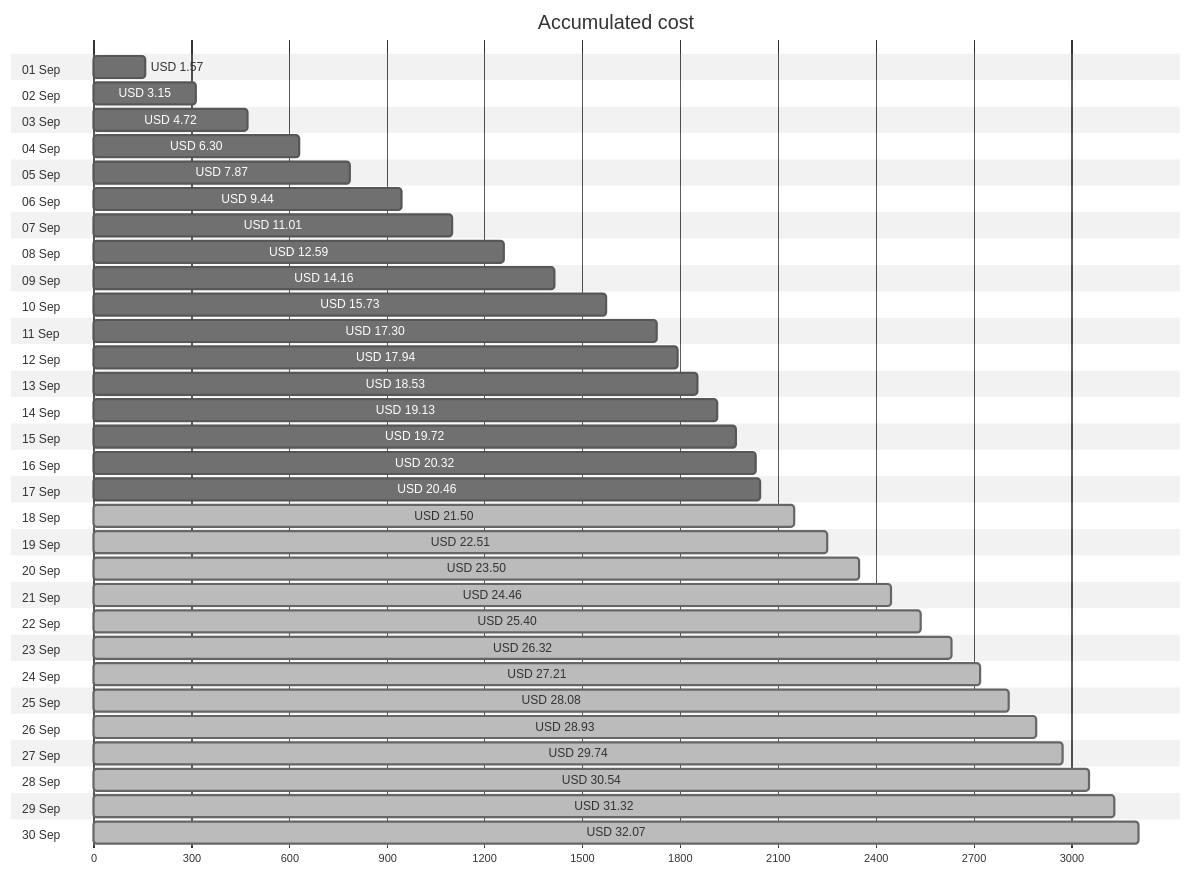
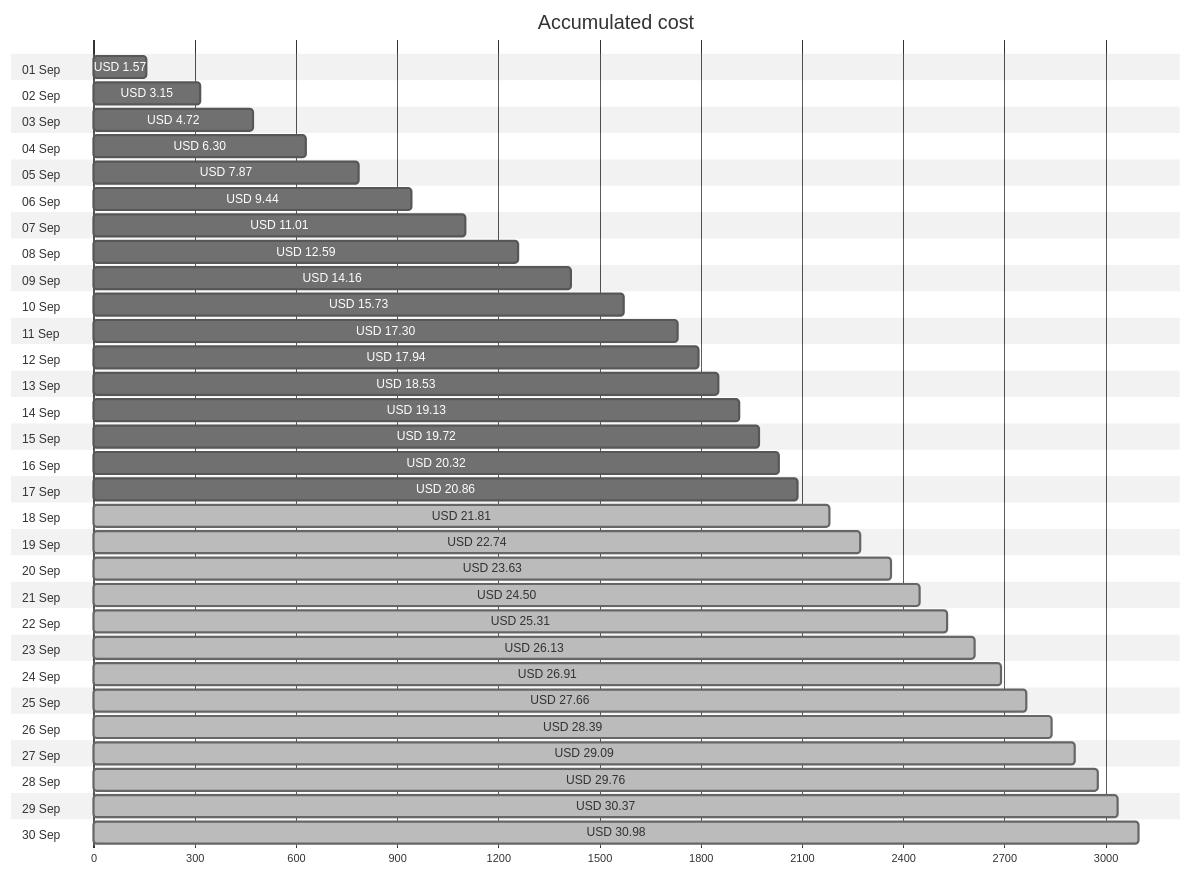
One commit to jpfulton/azure-personal-reports changed the first of 4 diagrams in cost-reports/personal-site/README.md. Above: the diagram before and after it, drawn with Mermaid (neutral theme). The commit also changed other lines of this file and 7 other files, not shown here.

````diff
--- a/cost-reports/personal-site/README.md
+++ b/cost-reports/personal-site/README.md
@@ -20,66 +20,66 @@
 ```mermaid
 gantt
    title Accumulated cost
    dateFormat  X
    axisFormat %s
    section 01 Sep
    USD 1.57 :0, 157
    section 02 Sep
    USD 3.15 :0, 315
    section 03 Sep
    USD 4.72 :0, 472
    section 04 Sep
    USD 6.30 :0, 630
    section 05 Sep
    USD 7.87 :0, 787
    section 06 Sep
    USD 9.44 :0, 944
    section 07 Sep
    USD 11.01 :0, 1101
    section 08 Sep
    USD 12.59 :0, 1259
    section 09 Sep
    USD 14.16 :0, 1416
    section 10 Sep
    USD 15.73 :0, 1573
    section 11 Sep
    USD 17.30 :0, 1730
    section 12 Sep
    USD 17.94 :0, 1794
    section 13 Sep
    USD 18.53 :0, 1853
    section 14 Sep
    USD 19.13 :0, 1913
    section 15 Sep
    USD 19.72 :0, 1972
    section 16 Sep
    USD 20.32 :0, 2032
    section 17 Sep
-   USD 20.46 :0, 2046
+   USD 20.86 :0, 2086
    section 18 Sep
-   USD 21.50 : done, 0, 2150
+   USD 21.81 : done, 0, 2181
    section 19 Sep
-   USD 22.51 : done, 0, 2251
+   USD 22.74 : done, 0, 2274
    section 20 Sep
-   USD 23.50 : done, 0, 2350
+   USD 23.63 : done, 0, 2363
    section 21 Sep
-   USD 24.46 : done, 0, 2446
+   USD 24.50 : done, 0, 2450
    section 22 Sep
-   USD 25.40 : done, 0, 2540
+   USD 25.31 : done, 0, 2531
    section 23 Sep
-   USD 26.32 : done, 0, 2632
+   USD 26.13 : done, 0, 2613
    section 24 Sep
-   USD 27.21 : done, 0, 2721
+   USD 26.91 : done, 0, 2691
    section 25 Sep
-   USD 28.08 : done, 0, 2808
+   USD 27.66 : done, 0, 2766
    section 26 Sep
-   USD 28.93 : done, 0, 2893
+   USD 28.39 : done, 0, 2839
    section 27 Sep
-   USD 29.74 : done, 0, 2974
+   USD 29.09 : done, 0, 2909
    section 28 Sep
-   USD 30.54 : done, 0, 3054
+   USD 29.76 : done, 0, 2976
    section 29 Sep
-   USD 31.32 : done, 0, 3132
+   USD 30.37 : done, 0, 3037
    section 30 Sep
-   USD 32.07 : done, 0, 3207
+   USD 30.98 : done, 0, 3098
 ```
````
